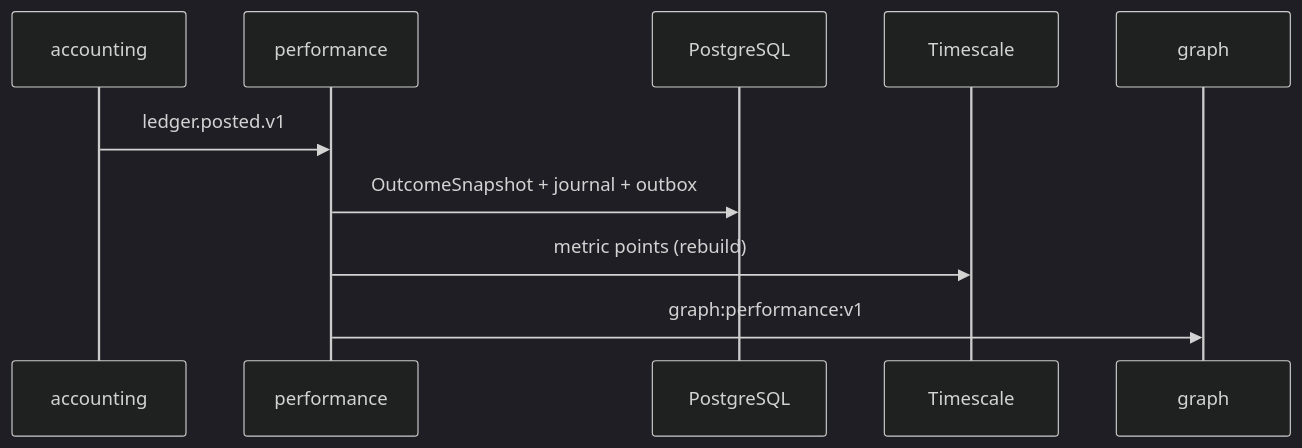
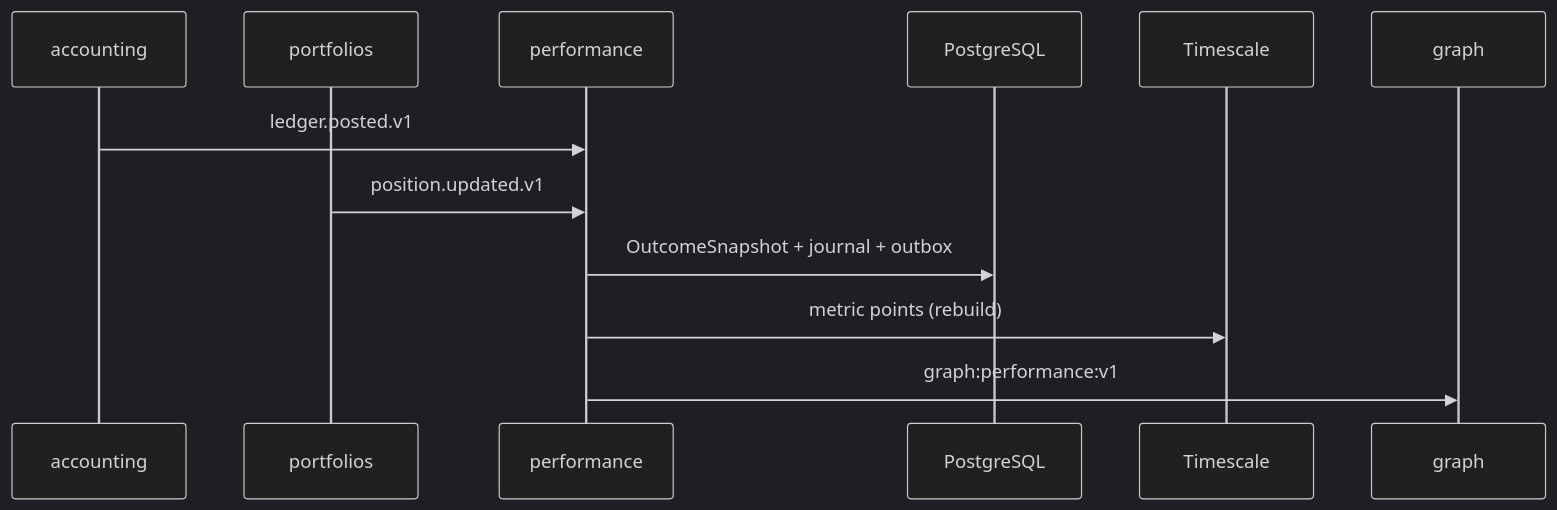
One commit to jcafeitosa/anxionOS changed the diagram in docs/orchestration/modules/performance/R05-storage-pg.md. Above: the diagram before and after it, drawn with Mermaid (dark theme). The commit also changed other lines of this file and 2 other files, not shown here.

````diff
--- a/docs/orchestration/modules/performance/R05-storage-pg.md
+++ b/docs/orchestration/modules/performance/R05-storage-pg.md
@@ -20,12 +45,14 @@
 ```mermaid
 sequenceDiagram
   participant ACC as accounting
+  participant PORT as portfolios
   participant PF as performance
   participant PG as PostgreSQL
   participant TS as Timescale
   participant GRP as graph
   ACC->>PF: ledger.posted.v1
+  PORT->>PF: position.updated.v1
   PF->>PG: OutcomeSnapshot + journal + outbox
   PF->>TS: metric points (rebuild)
   PF->>GRP: graph:performance:v1
 ```
````
